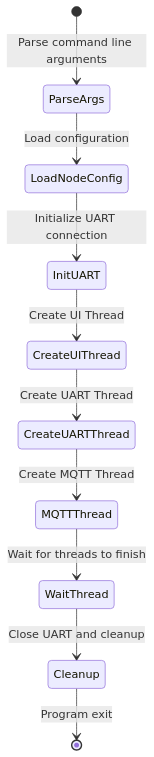
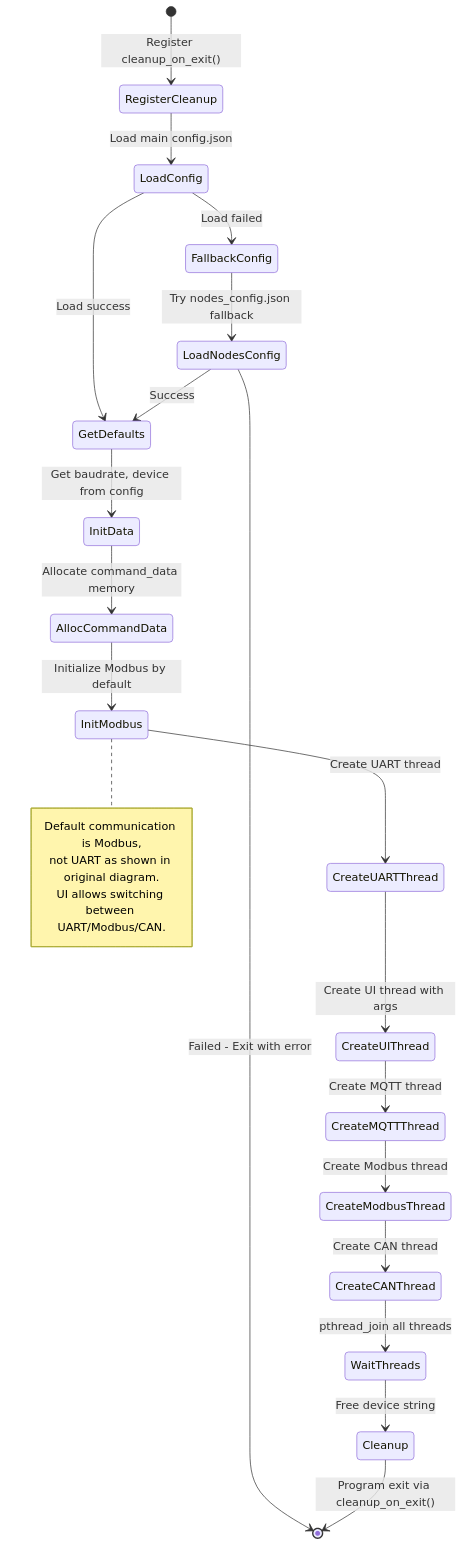
Before and after one commit to hongthiennhan/DATN_Gateway: the first of 6 diagrams in README.md, drawn with Mermaid. The commit also changed other lines of this file and 5 other files, not shown here.

````diff
--- a/README.md
+++ b/README.md
@@ -7,12 +7,31 @@
 ```mermaid
 stateDiagram-v2
-    [*] --> ParseArgs: Parse command line arguments
-    ParseArgs --> LoadNodeConfig: Load configuration
-    LoadNodeConfig --> InitUART: Initialize UART connection
-    InitUART --> CreateUIThread: Create UI Thread
-    CreateUIThread --> CreateUARTThread: Create UART Thread
-    CreateUARTThread --> MQTTThread: Create MQTT Thread
-    MQTTThread --> WaitThread: Wait for threads to finish
-    WaitThread --> Cleanup: Close UART and cleanup
-    Cleanup --> [*]: Program exit
+    [*] --> RegisterCleanup: Register cleanup_on_exit()
+    RegisterCleanup --> LoadConfig: Load main config.json
+    LoadConfig --> FallbackConfig: Load failed
+    LoadConfig --> GetDefaults: Load success
+    
+    FallbackConfig --> LoadNodesConfig: Try nodes_config.json fallback
+    LoadNodesConfig --> GetDefaults: Success
+    LoadNodesConfig --> [*]: Failed - Exit with error
+    
+    GetDefaults --> InitData: Get baudrate, device from config
+    InitData --> AllocCommandData: Allocate command_data memory
+    AllocCommandData --> InitModbus: Initialize Modbus by default
+    
+    InitModbus --> CreateUARTThread: Create UART thread
+    CreateUARTThread --> CreateUIThread: Create UI thread with args
+    CreateUIThread --> CreateMQTTThread: Create MQTT thread
+    CreateMQTTThread --> CreateModbusThread: Create Modbus thread
+    CreateModbusThread --> CreateCANThread: Create CAN thread
+    
+    CreateCANThread --> WaitThreads: pthread_join all threads
+    WaitThreads --> Cleanup: Free device string
+    Cleanup --> [*]: Program exit via cleanup_on_exit()
+    
+    note right of InitModbus
+        Default communication is Modbus,
+        not UART as shown in original diagram.
+        UI allows switching between UART/Modbus/CAN.
+    end note
 ```
````
